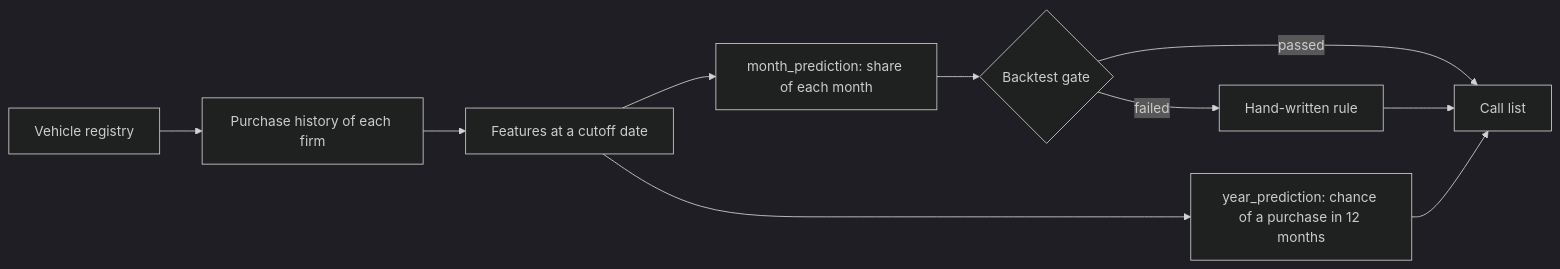
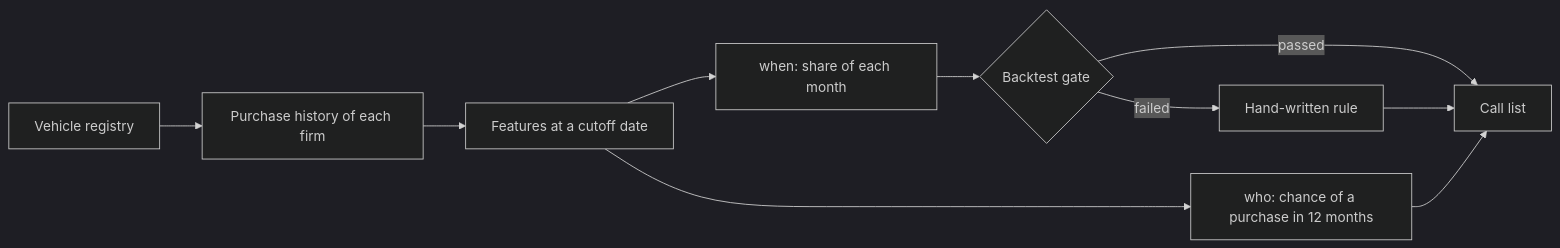
One commit to VojtechStransky/flotio-prediction-core changed the diagram in README.md. Above: the diagram before and after it, drawn with Mermaid (dark theme). The commit also changed other lines of this file and 22 other files, not shown here.

Commit message:
Rename the two packages to who and when, and define both at the top of the README

````diff
--- a/README.md
+++ b/README.md
@@ -44,20 +54,20 @@
 ```mermaid
 flowchart LR
     A["Vehicle registry"]
     B["Purchase history of each firm"]
     C["Features at a cutoff date"]
-    D["year_prediction: chance of a purchase in 12 months"]
-    E["month_prediction: share of each month"]
+    D["who: chance of a purchase in 12 months"]
+    E["when: share of each month"]
     G{"Backtest gate"}
     R["Hand-written rule"]
     F["Call list"]
     A --> B
     B --> C
     C --> D
     C --> E
     E --> G
     G -->|passed| F
     G -->|failed| R
     R --> F
     D --> F
 ```
````
